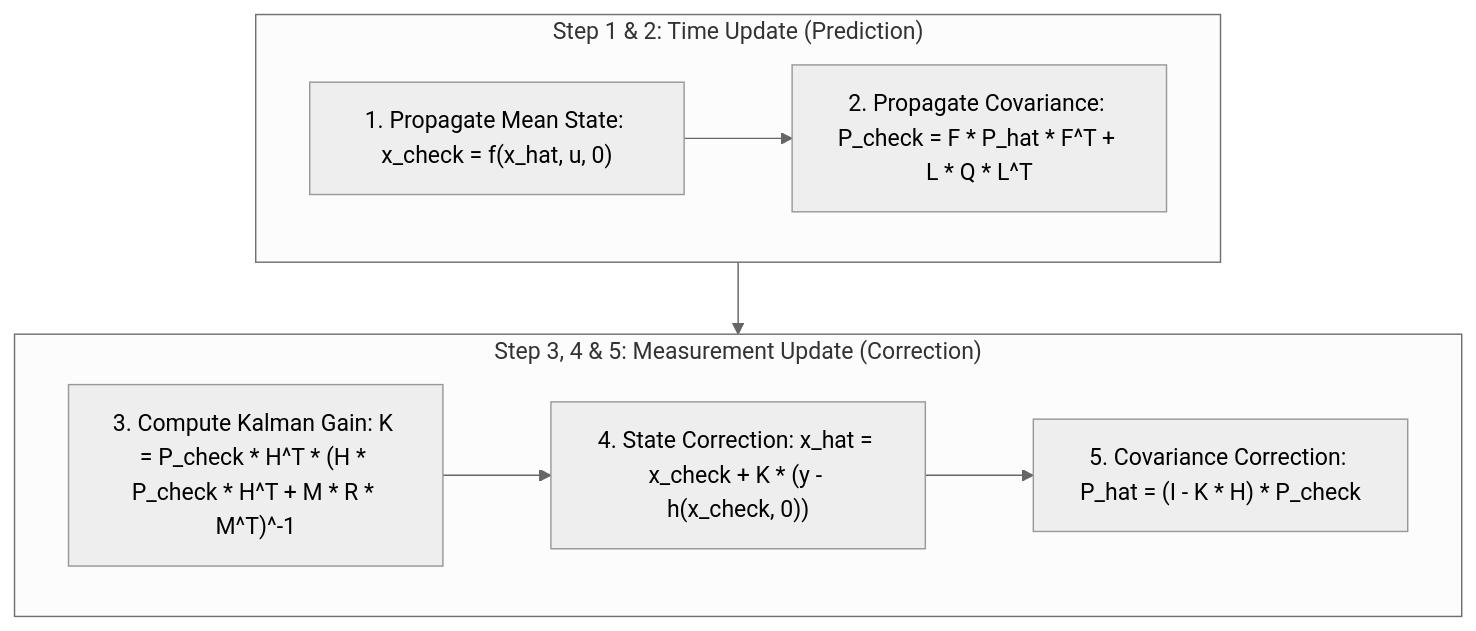
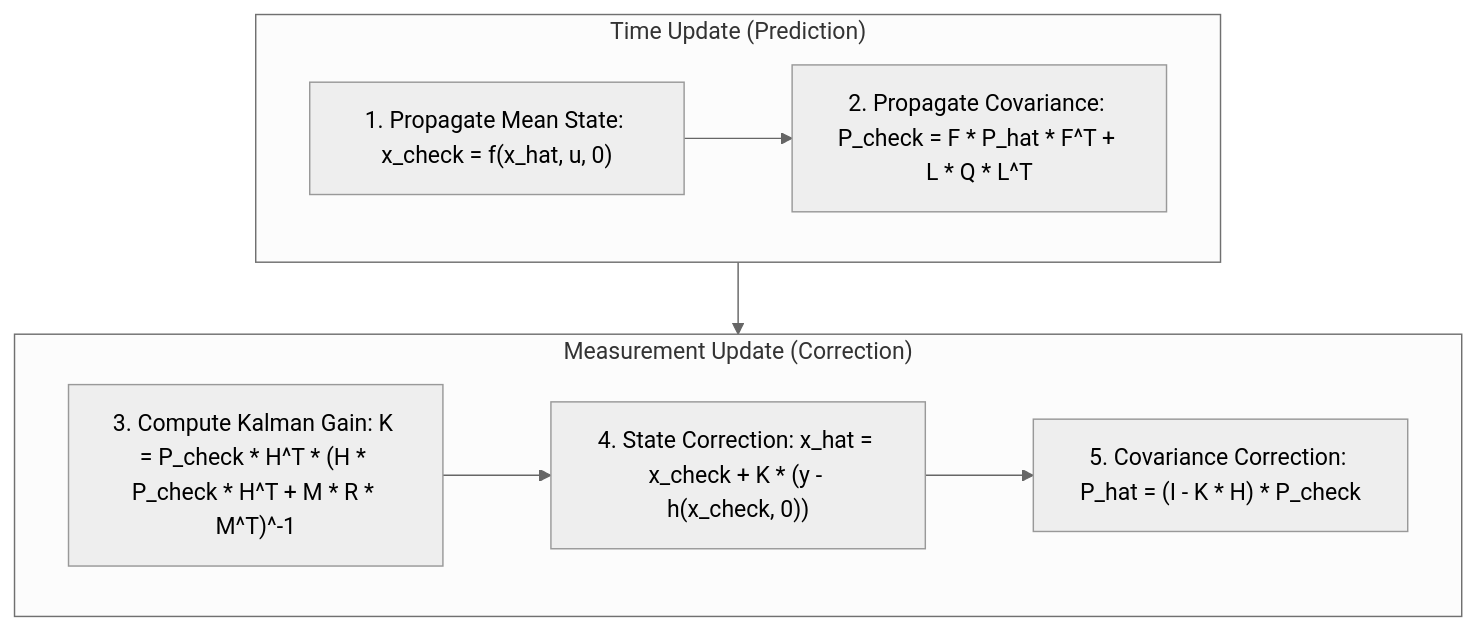
The diagram in State Estimation and Localization for Self-Driving Cars/Day_02_Nonlinear_Estimation_and_Object_Tracking/Hour_02_The_Extended_Kalman_Filter/README.md (yasuomaidana/Self-Driving-Cars), drawn with Mermaid (neutral theme) before and after one commit. The commit also changed other lines of this file and 27 other files, not shown here.

````diff
--- a/State Estimation and Localization for Self-Driving Cars/Day_02_Nonlinear_Estimation_and_Object_Tracking/Hour_02_The_Extended_Kalman_Filter/README.md
+++ b/State Estimation and Localization for Self-Driving Cars/Day_02_Nonlinear_Estimation_and_Object_Tracking/Hour_02_The_Extended_Kalman_Filter/README.md
@@ -70,17 +122,17 @@
 ```mermaid
 flowchart TD
-    subgraph Step1["Step 1 & 2: Time Update (Prediction)"]
+    subgraph Step1["Time Update (Prediction)"]
         A["1. Propagate Mean State: x_check = f(x_hat, u, 0)"]
         B["2. Propagate Covariance: P_check = F * P_hat * F^T + L * Q * L^T"]
         A --> B
     end
 
-    subgraph Step2["Step 3, 4 & 5: Measurement Update (Correction)"]
+    subgraph Step2["Measurement Update (Correction)"]
         C["3. Compute Kalman Gain: K = P_check * H^T * (H * P_check * H^T + M * R * M^T)^-1"]
         D["4. State Correction: x_hat = x_check + K * (y - h(x_check, 0))"]
         E["5. Covariance Correction: P_hat = (I - K * H) * P_check"]
         C --> D --> E
     end
 
     Step1 --> Step2
 ```
````
